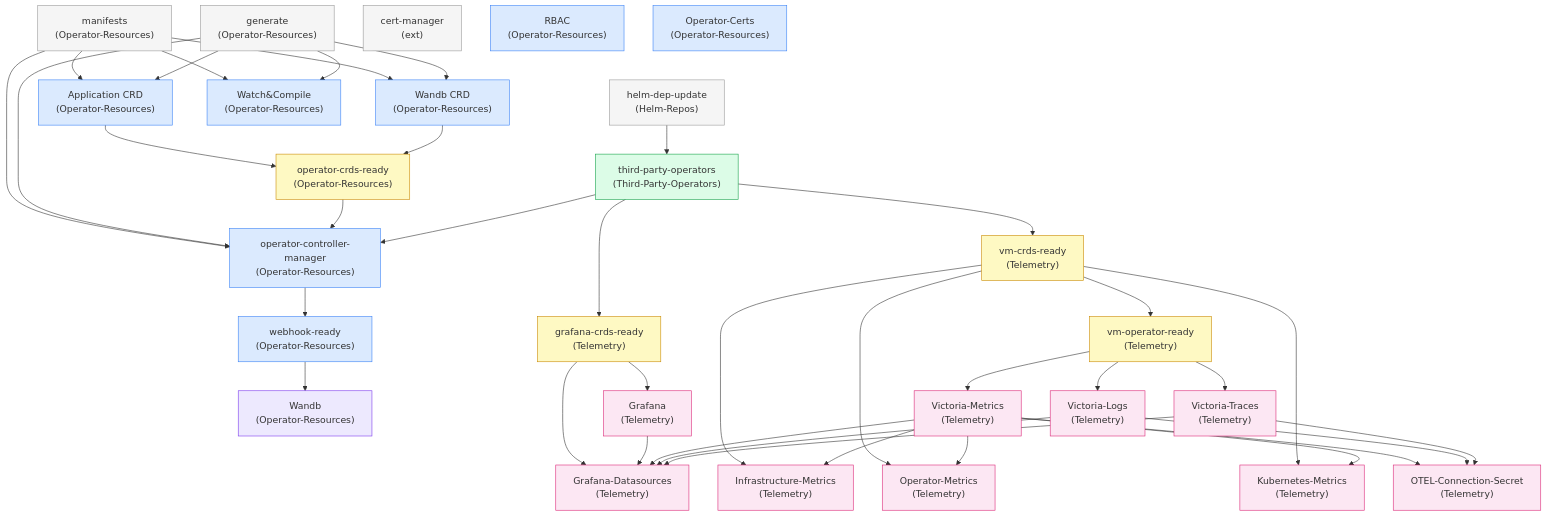
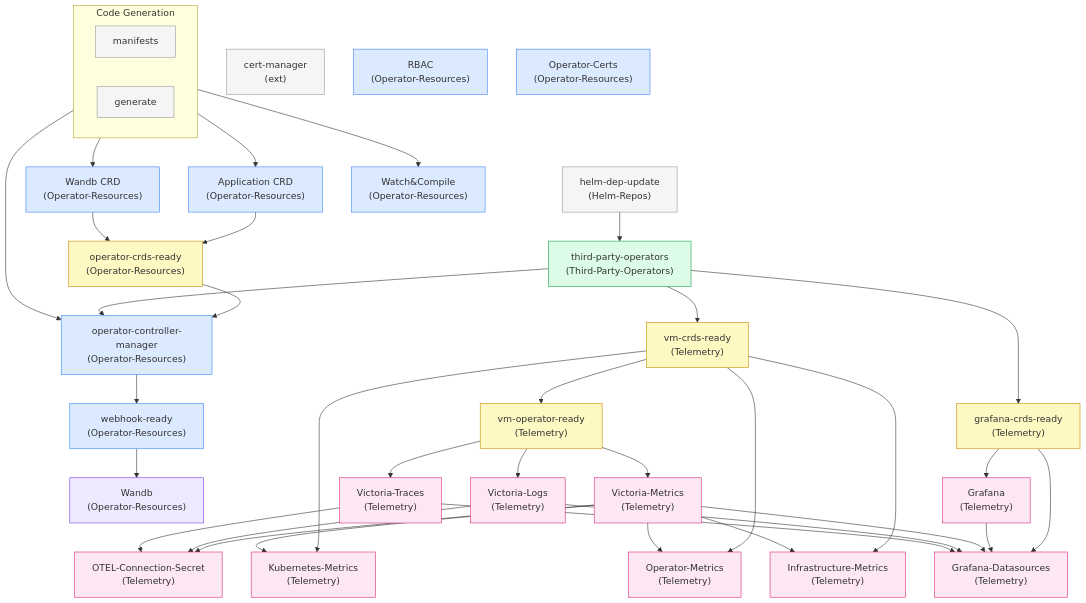
Before and after one commit to wandb/operator: the diagram in docs/design/wandb_v2/tilt.md, drawn with Mermaid.

Commit message:
docs: simplify dependency graph by grouping codegen resources into subgraph

````diff
--- a/docs/design/wandb_v2/tilt.md
+++ b/docs/design/wandb_v2/tilt.md
@@ -7,10 +7,13 @@
 ```mermaid
 graph TD
     %% ── Bootstrapping ──────────────────────────────────────────────
-    manifests["manifests\n(Operator-Resources)"]
-    generate["generate\n(Operator-Resources)"]
     cert_manager["cert-manager\n(ext)"]
     helm_dep_update["helm-dep-update\n(Helm-Repos)"]
+
+    subgraph codegen["Code Generation"]
+        manifests["manifests"]
+        generate["generate"]
+    end
 
     %% ── Third-Party Operators ──────────────────────────────────────
     third_party["third-party-operators\n(Third-Party-Operators)"]
@@ -21,25 +24,21 @@
     wandb_crd["Wandb CRD\n(Operator-Resources)"]
     rbac["RBAC\n(Operator-Resources)"]
     operator_certs["Operator-Certs\n(Operator-Resources)"]
-    manifests --> app_crd
-    generate  --> app_crd
-    manifests --> wandb_crd
-    generate  --> wandb_crd
+    codegen --> app_crd
+    codegen --> wandb_crd
 
     %% ── CRD Readiness Gate ─────────────────────────────────────────
     crds_ready["operator-crds-ready\n(Operator-Resources)"]
-    app_crd  --> crds_ready
+    app_crd   --> crds_ready
     wandb_crd --> crds_ready
 
     %% ── Operator Controller ────────────────────────────────────────
     watch_compile["Watch&Compile\n(Operator-Resources)"]
     controller["operator-controller-manager\n(Operator-Resources)"]
-    manifests       --> watch_compile
-    generate        --> watch_compile
-    manifests       --> controller
-    generate        --> controller
-    crds_ready      --> controller
-    third_party     --> controller
+    codegen     --> watch_compile
+    codegen     --> controller
+    crds_ready  --> controller
+    third_party --> controller
 
     %% ── Webhook Readiness ──────────────────────────────────────────
     webhook_ready["webhook-ready\n(Operator-Resources)"]
````
